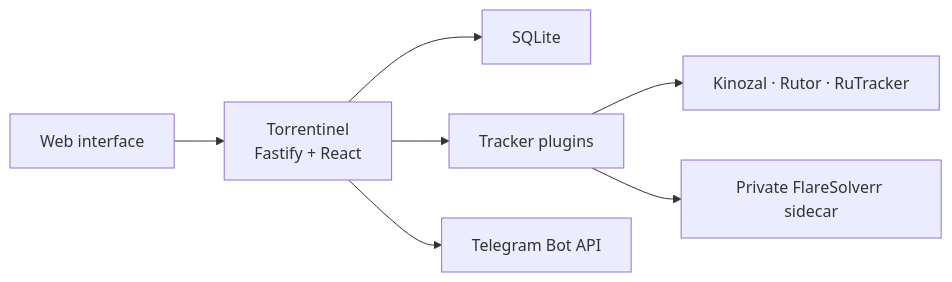
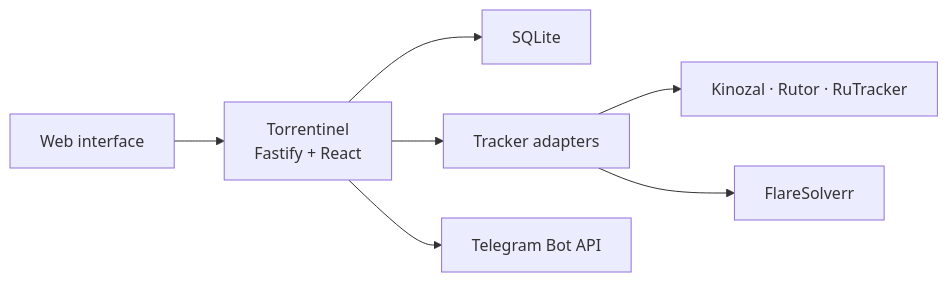
One commit to ib0ndar/Torrentinel changed the diagram in README.md. Above: the diagram before and after it, drawn with Mermaid. The commit also changed other lines of this file and 4 other files, not shown here.

````diff
--- a/README.md
+++ b/README.md
@@ -73,9 +160,9 @@
 ```mermaid
 flowchart LR
   Browser["Web interface"] --> App["Torrentinel\nFastify + React"]
   App --> DB["SQLite"]
-  App --> Plugins["Tracker plugins"]
+  App --> Plugins["Tracker adapters"]
   Plugins --> Trackers["Kinozal · Rutor · RuTracker"]
-  Plugins --> Resolver["Private FlareSolverr sidecar"]
+  Plugins --> Resolver["FlareSolverr"]
   App --> Telegram["Telegram Bot API"]
 ```
````
